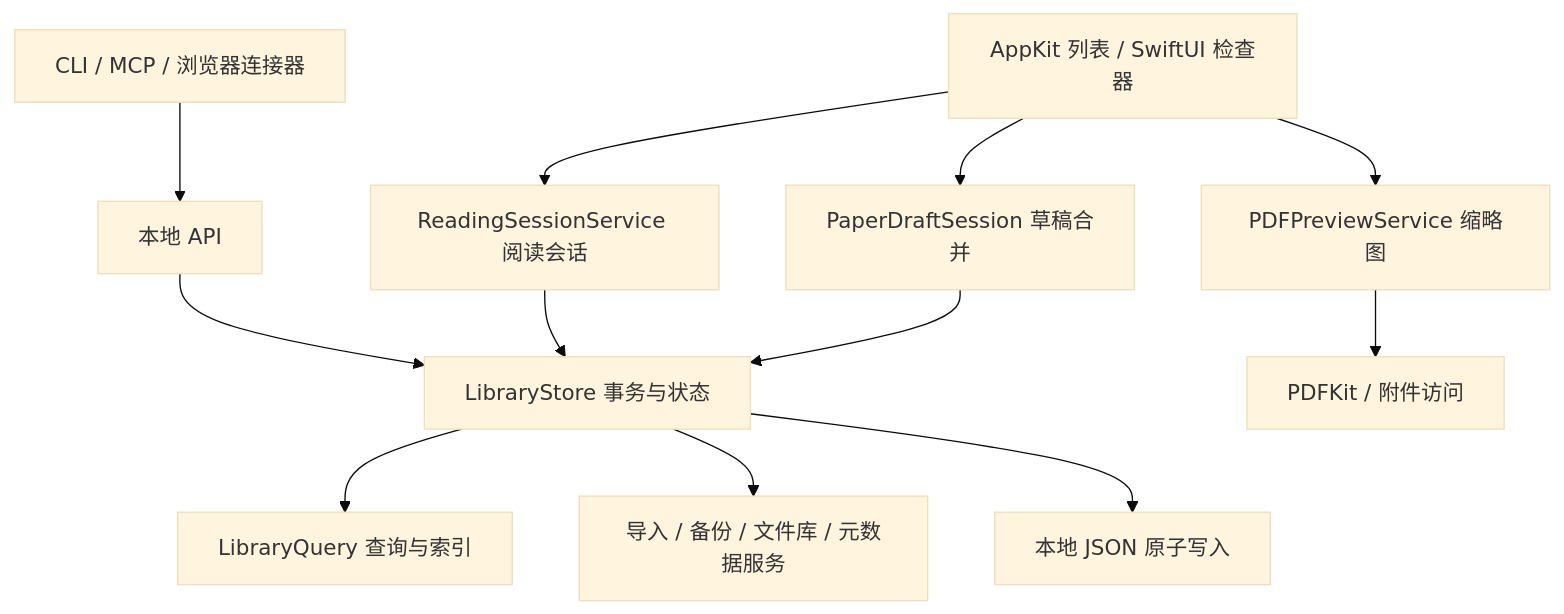
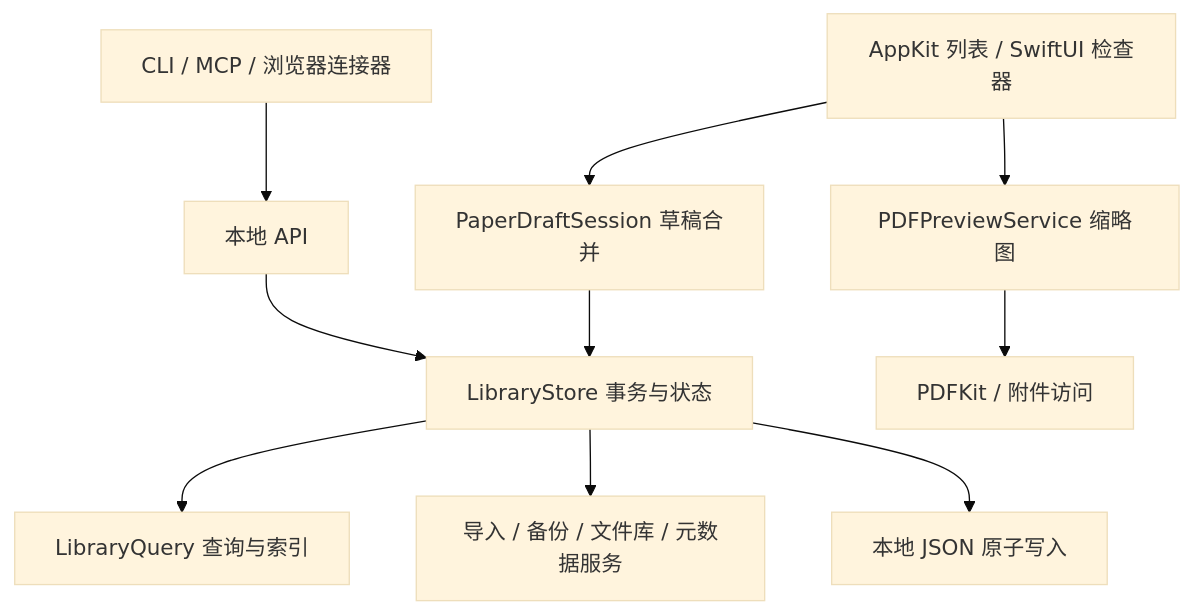
One commit to get1024/PaperManager changed the diagram in README.md. Above: the diagram before and after it, drawn with Mermaid (base theme). The commit also changed other lines of this file and 33 other files, not shown here.

````diff
--- a/README.md
+++ b/README.md
@@ -153,14 +153,12 @@
 ```mermaid
 flowchart TD
     UI[AppKit 列表 / SwiftUI 检查器] --> Draft[PaperDraftSession 草稿合并]
-    UI --> Reading[ReadingSessionService 阅读会话]
     UI --> Preview[PDFPreviewService 缩略图]
     Draft --> Store[LibraryStore 事务与状态]
-    Reading --> Store
     Store --> Query[LibraryQuery 查询与索引]
     Store --> IO[导入 / 备份 / 文件库 / 元数据服务]
     Store --> JSON[本地 JSON 原子写入]
     Preview --> PDF[PDFKit / 附件访问]
     CLI[CLI / MCP / 浏览器连接器] --> API[本地 API]
     API --> Store
 ```
````
